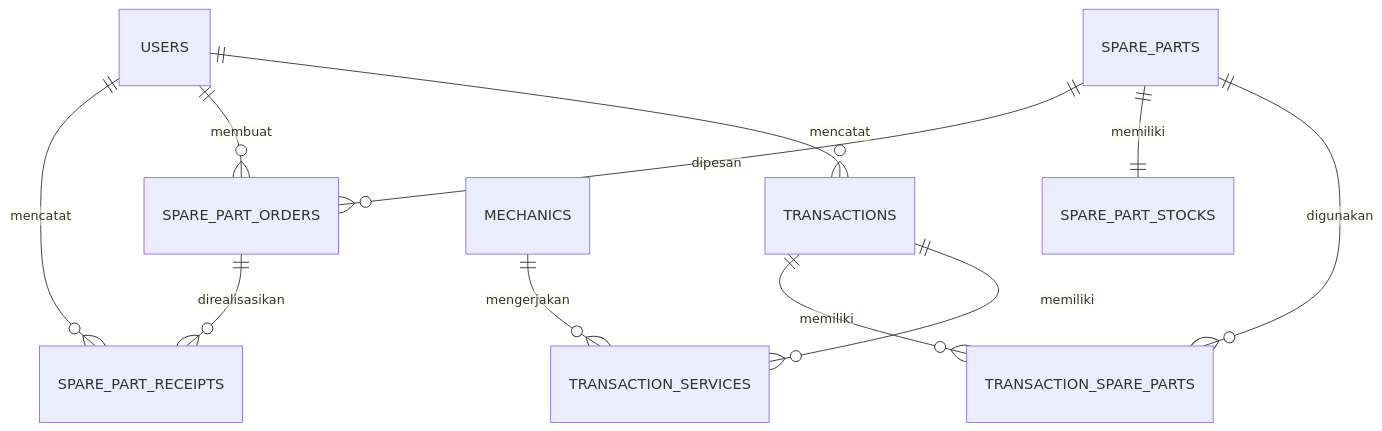
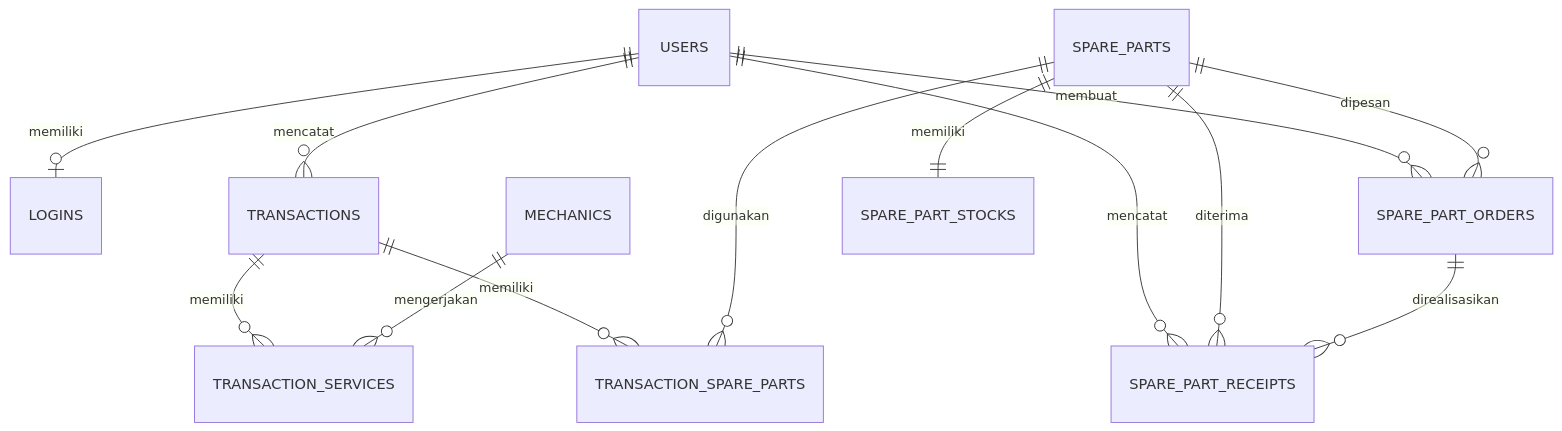
The fourth of 4 diagrams in PRD/PRD_RANCANGAN_SISTEM_UPJ_AHASS_BLPT_DIY.md (imanmukhlisin/Service-Inventory-Information-System-BLPT-DIY), drawn with Mermaid before and after one commit. The commit also changed other lines of this file and 80 other files, not shown here.

Commit message:
feat: initialize full-stack inventory and service management system with API, database schema, and frontend dashboard

````diff
--- a/PRD/PRD_RANCANGAN_SISTEM_UPJ_AHASS_BLPT_DIY.md
+++ b/PRD/PRD_RANCANGAN_SISTEM_UPJ_AHASS_BLPT_DIY.md
@@ -686,13 +1426,15 @@
 ```mermaid
 erDiagram
+    USERS ||--o| LOGINS : memiliki
     USERS ||--o{ TRANSACTIONS : mencatat
     USERS ||--o{ SPARE_PART_ORDERS : membuat
     USERS ||--o{ SPARE_PART_RECEIPTS : mencatat
     TRANSACTIONS ||--o{ TRANSACTION_SERVICES : memiliki
     TRANSACTIONS ||--o{ TRANSACTION_SPARE_PARTS : memiliki
     MECHANICS ||--o{ TRANSACTION_SERVICES : mengerjakan
+    SPARE_PARTS ||--|| SPARE_PART_STOCKS : memiliki
     SPARE_PARTS ||--o{ TRANSACTION_SPARE_PARTS : digunakan
-    SPARE_PARTS ||--|| SPARE_PART_STOCKS : memiliki
     SPARE_PARTS ||--o{ SPARE_PART_ORDERS : dipesan
+    SPARE_PARTS ||--o{ SPARE_PART_RECEIPTS : diterima
     SPARE_PART_ORDERS ||--o{ SPARE_PART_RECEIPTS : direalisasikan
 ```
````
